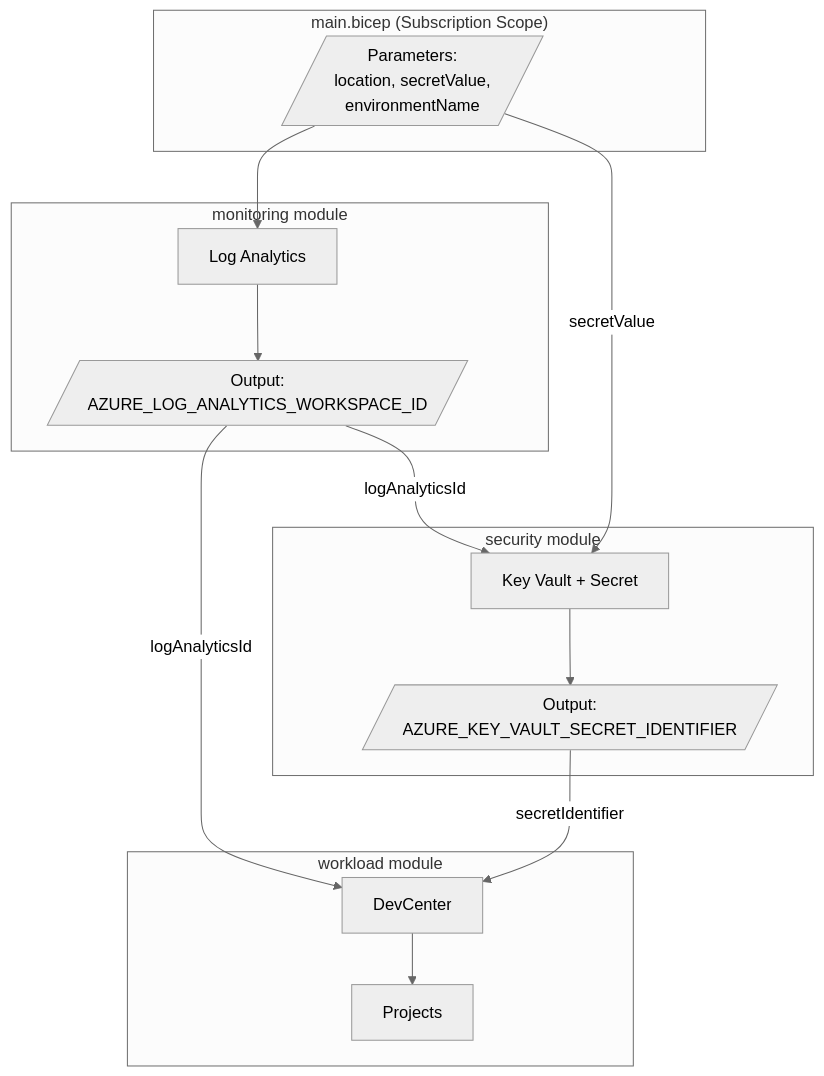
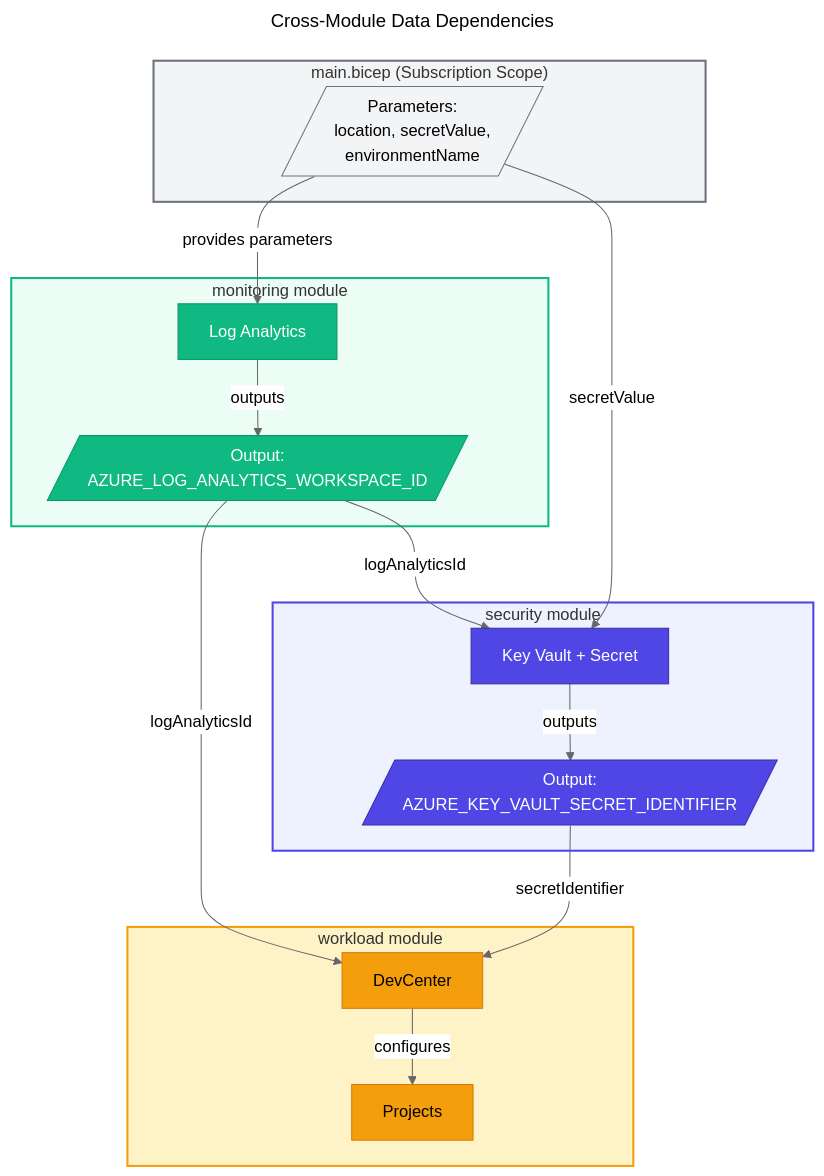
One commit to Evilazaro/DevExp-DevBox changed diagram 11 of 13 in docs/architecture/02-data-architecture.md. Above: the diagram before and after it, drawn with Mermaid (neutral theme). The commit also changed other lines of this file, not shown here.

Commit message:
Refactor data architecture documentation to enhance clarity and detail in cross-module data dependencies, data lineage, and schema validation flow diagrams

````diff
--- a/docs/architecture/02-data-architecture.md
+++ b/docs/architecture/02-data-architecture.md
@@ -676,33 +676,59 @@
 ```mermaid
+---
+title: Cross-Module Data Dependencies
+---
 flowchart TD
+    %% ===== STYLE DEFINITIONS =====
+    classDef primary fill:#4F46E5,stroke:#3730A3,color:#FFFFFF
+    classDef secondary fill:#10B981,stroke:#059669,color:#FFFFFF
+    classDef datastore fill:#F59E0B,stroke:#D97706,color:#000000
+    classDef input fill:#F3F4F6,stroke:#6B7280,color:#000000
+
+    %% ===== MAIN BICEP =====
     subgraph main["main.bicep (Subscription Scope)"]
         M_IN[/"Parameters:<br/>location, secretValue,<br/>environmentName"/]
     end
 
+    %% ===== MONITORING MODULE =====
     subgraph monitoring["monitoring module"]
-        LA[Log Analytics]
+        LA["Log Analytics"]
         LA_OUT[/"Output:<br/>AZURE_LOG_ANALYTICS_WORKSPACE_ID"/]
     end
 
+    %% ===== SECURITY MODULE =====
     subgraph security["security module"]
-        KV[Key Vault + Secret]
+        KV["Key Vault + Secret"]
         SEC_OUT[/"Output:<br/>AZURE_KEY_VAULT_SECRET_IDENTIFIER"/]
     end
 
+    %% ===== WORKLOAD MODULE =====
     subgraph workload["workload module"]
-        DC[DevCenter]
-        PROJ[Projects]
+        DC["DevCenter"]
+        PROJ["Projects"]
     end
 
-    M_IN --> LA
-    LA --> LA_OUT
+    %% ===== CONNECTIONS =====
+    M_IN -->|"provides parameters"| LA
+    LA -->|"outputs"| LA_OUT
 
-    LA_OUT -->|logAnalyticsId| KV
-    M_IN -->|secretValue| KV
-    KV --> SEC_OUT
+    LA_OUT -->|"logAnalyticsId"| KV
+    M_IN -->|"secretValue"| KV
+    KV -->|"outputs"| SEC_OUT
 
-    LA_OUT -->|logAnalyticsId| DC
-    SEC_OUT -->|secretIdentifier| DC
+    LA_OUT -->|"logAnalyticsId"| DC
+    SEC_OUT -->|"secretIdentifier"| DC
 
-    DC --> PROJ
+    DC -->|"configures"| PROJ
+
+    %% ===== APPLY STYLES =====
+    class M_IN input
+    class LA,LA_OUT secondary
+    class KV,SEC_OUT primary
+    class DC,PROJ datastore
+
+    %% ===== SUBGRAPH STYLING =====
+    style main fill:#F3F4F6,stroke:#6B7280,stroke-width:2px
+    style monitoring fill:#ECFDF5,stroke:#10B981,stroke-width:2px
+    style security fill:#EEF2FF,stroke:#4F46E5,stroke-width:2px
+    style workload fill:#FEF3C7,stroke:#F59E0B,stroke-width:2px
 ```
````
